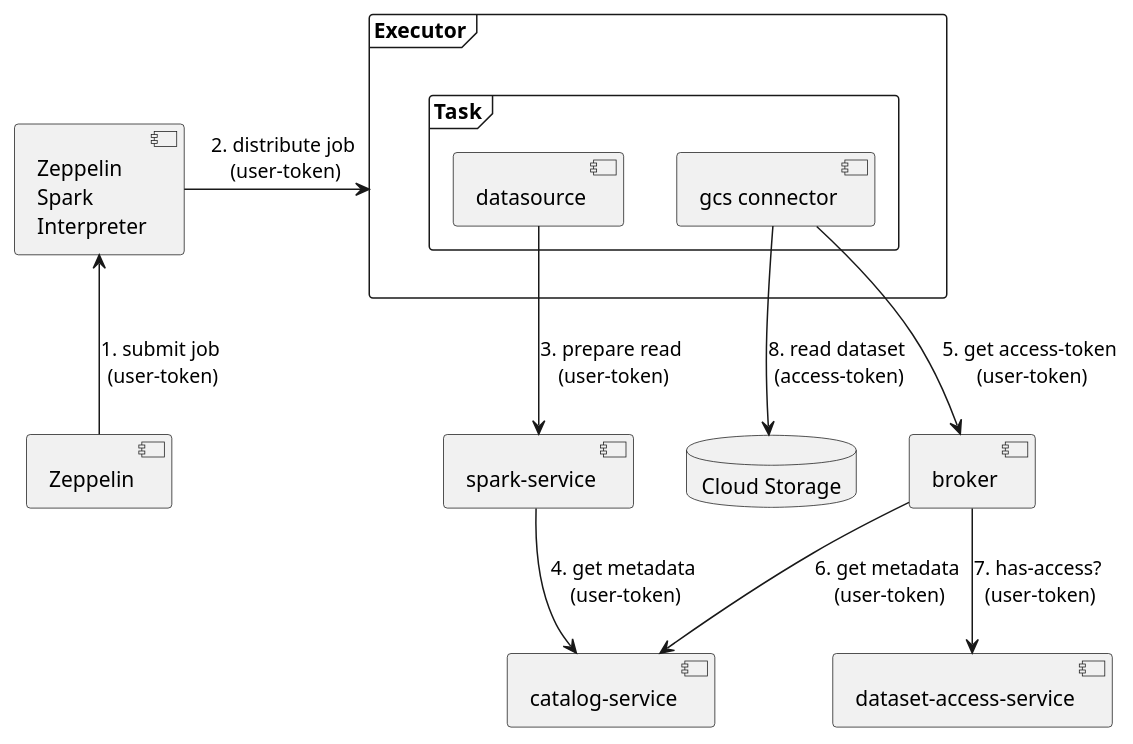
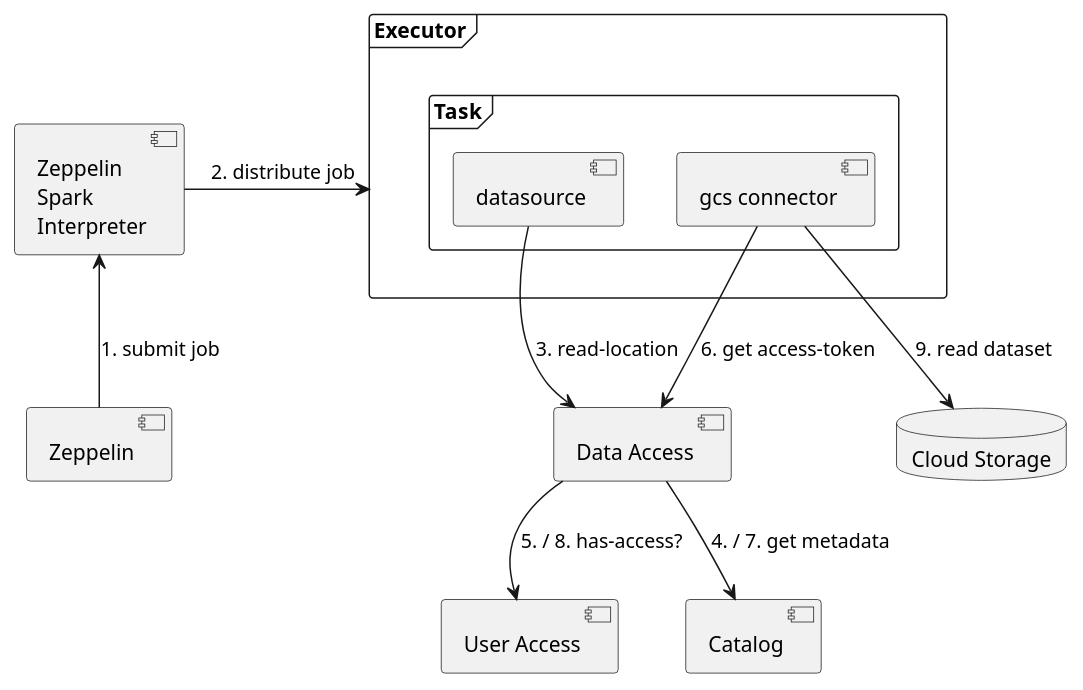
The diagram in doc/security-read-data-comp.puml (statisticsnorway/dapla-project), drawn with PlantUML before and after one commit. The commit also changed 1 other file, not shown here.

Commit message:
Updated read and write component diagrams

```diff
--- a/doc/security-read-data-comp.puml
+++ b/doc/security-read-data-comp.puml
@@ -1,28 +1,26 @@
 @startuml
 
-[Zeppelin\nSpark\nInterpreter] as interpreter
-[Zeppelin] as zeppelin
-[dataset-access-service] as da_s
-[catalog-service] as catalog
-[spark-service] as sp_s
-[broker] as broker
+component "Zeppelin" as zeppelin
+component "Zeppelin\nSpark\nInterpreter" as interpreter
+component "User Access" as da_s
+component "Catalog" as catalog
+component "Data Access" as broker
 database "Cloud Storage" as gcs {
 }
 frame "Executor" as worker {
   frame "Task" as task {
     [datasource] as datasource
     [gcs connector] as gcs_connector
   }
 }
 
-zeppelin -u-> interpreter : 1. submit job\n (user-token)
-interpreter -> worker : 2. distribute job\n (user-token)
-datasource --> sp_s : 3. prepare read\n (user-token)
-sp_s --> catalog : 4. get metadata\n (user-token)
-gcs_connector --> broker : 5. get access-token\n (user-token)
-broker --> catalog : 6. get metadata\n (user-token)
-broker --> da_s : 7. has-access?\n (user-token)
-gcs_connector --> gcs : 8. read dataset\n (access-token)
+zeppelin -u-> interpreter : 1. submit job
+interpreter -> worker : 2. distribute job
+datasource --> broker : 3. read-location
+broker --> catalog : 4. / 7. get metadata
+broker --> da_s : 5. / 8. has-access?
+gcs_connector --> broker : 6. get access-token
+gcs_connector --> gcs : 9. read dataset
 
 
 @enduml
```
